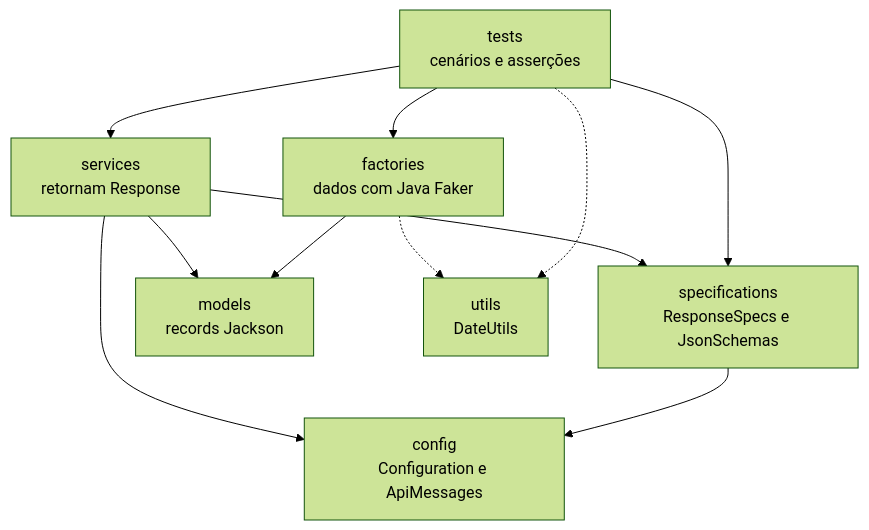
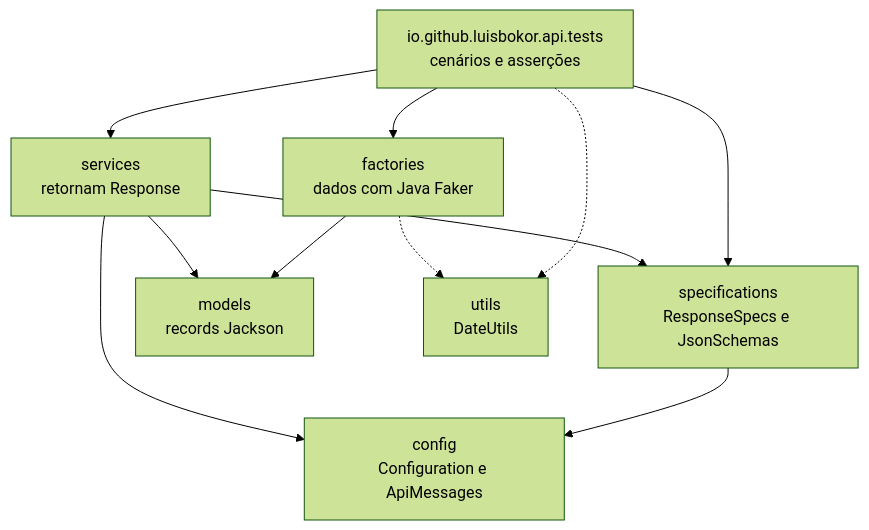
Before and after one commit to LuisBokor/api-test-automation-restful-booker: the first of 3 diagrams in api-test-automation-restful-booker/README.md, drawn with Mermaid (forest theme). The commit also changed other lines of this file and 52 other files, not shown here.

````diff
--- a/api-test-automation-restful-booker/README.md
+++ b/api-test-automation-restful-booker/README.md
@@ -144,13 +130,13 @@
 ```mermaid
 flowchart TD
-  tests["tests<br/>cenários e asserções"] --> services["services<br/>retornam Response"]
+  tests["io.github.luisbokor.api.tests<br/>cenários e asserções"] --> services["services<br/>retornam Response"]
   tests --> factories["factories<br/>dados com Java Faker"]
   tests --> specifications["specifications<br/>ResponseSpecs e JsonSchemas"]
   factories --> models["models<br/>records Jackson"]
   services --> models
   services --> specifications
   specifications --> config["config<br/>Configuration e ApiMessages"]
   services --> config
   tests -.-> utils["utils<br/>DateUtils"]
   factories -.-> utils
 ```
````
